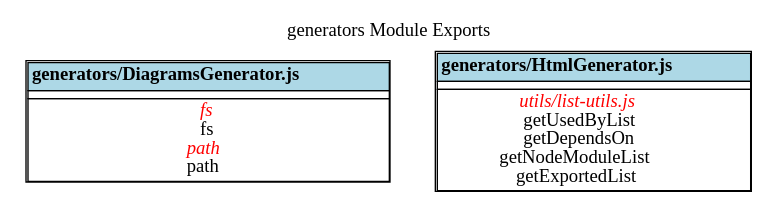
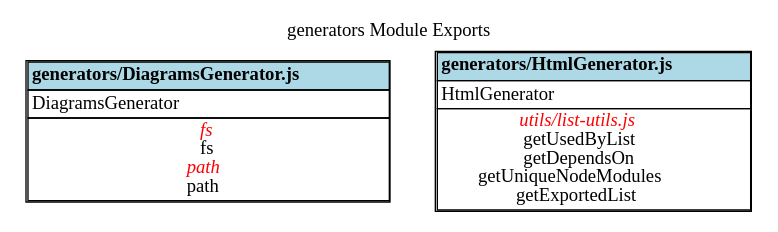
The diagram in docs/generators/ExportGraph.dot (fleebe/dep-graph), drawn with Graphviz before and after one commit. The commit also changed 38 other files, not shown here.

Commit message:
Added Node module dependencies.

```diff
--- a/docs/generators/ExportGraph.dot
+++ b/docs/generators/ExportGraph.dot
@@ -1,28 +1,30 @@
 digraph {label="generators Module Exports";
 labelloc="t";
 "generators/DiagramsGenerator.js" [shape=none, label=<<TABLE cellspacing="0" cellborder="1">
 <TR><TD bgcolor="lightblue" align="center"><B>generators/DiagramsGenerator.js</B></TD></TR>
 <TR><TD align="left">
+DiagramsGenerator<BR/>
 </TD></TR>
 <TR><TD align="center">
 <font color="red"><I>fs</I></font><BR/>
 fs<BR/>
 <font color="red"><I>path</I></font><BR/>
 path<BR/>
 </TD></TR>
 </TABLE>>];
 
 "generators/HtmlGenerator.js" [shape=none, label=<<TABLE cellspacing="0" cellborder="1">
 <TR><TD bgcolor="lightblue" align="center"><B>generators/HtmlGenerator.js</B></TD></TR>
 <TR><TD align="left">
+HtmlGenerator<BR/>
 </TD></TR>
 <TR><TD align="center">
 <font color="red"><I>utils/list-utils.js</I></font><BR/>
 getUsedByList<BR/>
 getDependsOn<BR/>
-getNodeModuleList<BR/>
+getUniqueNodeModules<BR/>
 getExportedList<BR/>
 </TD></TR>
 </TABLE>>];
 
 }
```
